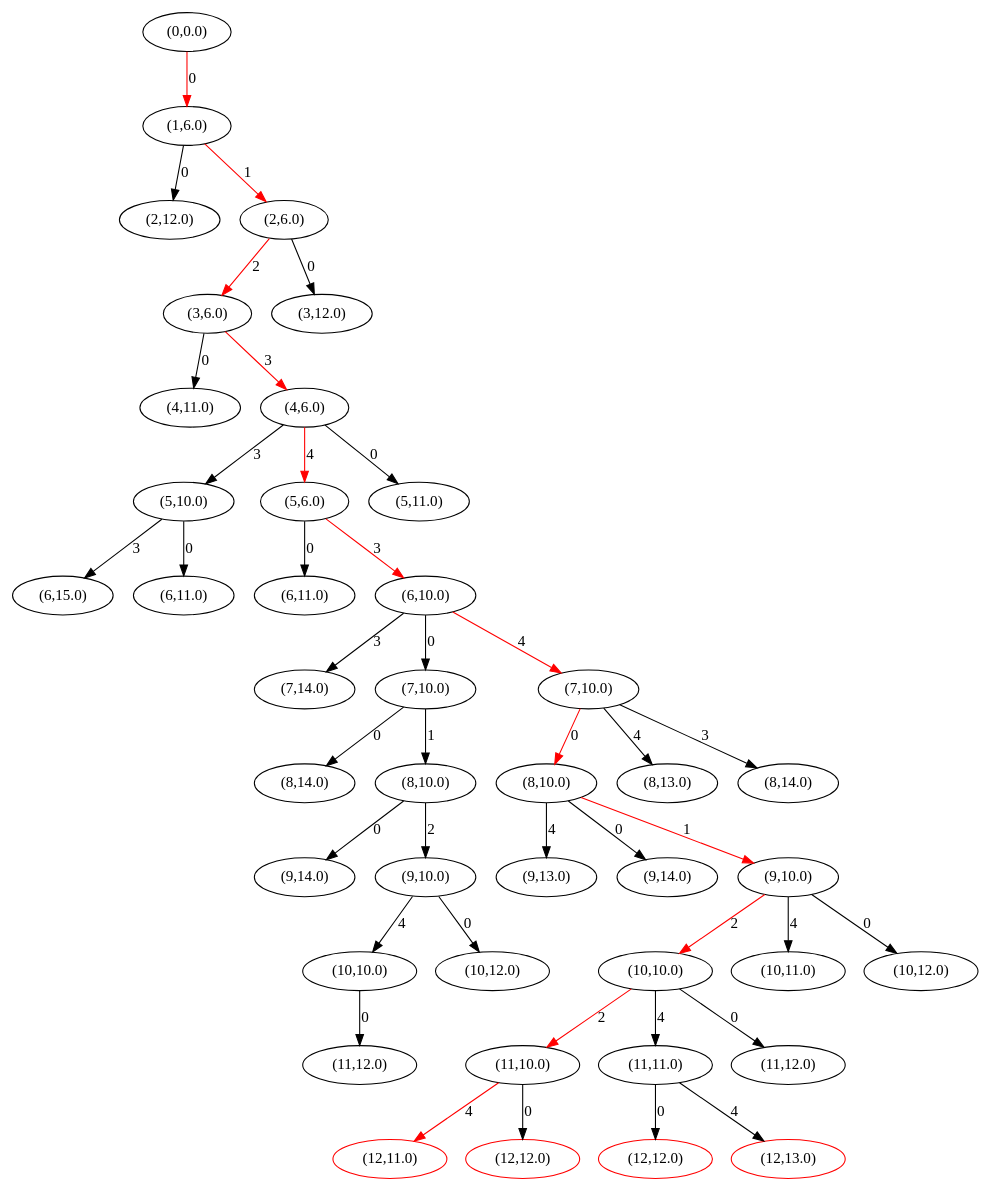
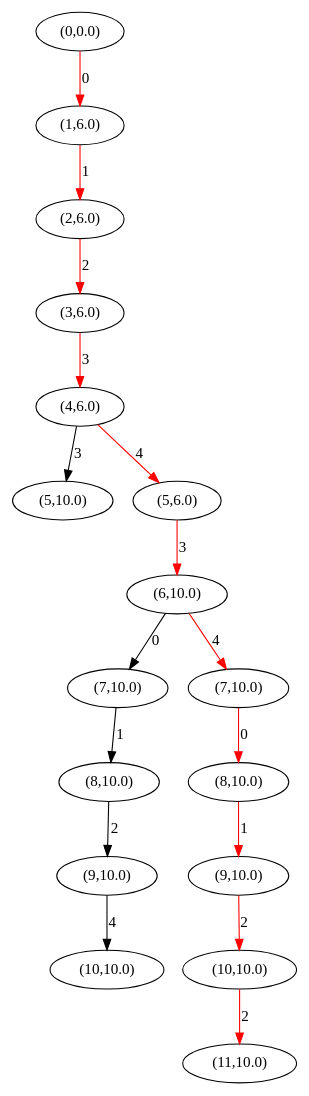
One commit to migueltoro/ada_v2_18 changed the diagram in java/EjemplosAlgoritmos/ficheros/TyPAStar.gv. Above: the diagram before and after it, drawn with Graphviz. The commit also changed 70 other files, not shown here.

```diff
--- a/java/EjemplosAlgoritmos/ficheros/TyPAStar.gv
+++ b/java/EjemplosAlgoritmos/ficheros/TyPAStar.gv
@@ -1,83 +1,35 @@
 strict digraph G {
-  1 [ label="(2,12.0)" ];
-  2 [ label="(4,11.0)" ];
-  3 [ label="(8,10.0)" ];
-  4 [ label="(6,11.0)" ];
-  5 [ label="(8,13.0)" ];
-  6 [ label="(10,10.0)" ];
-  7 [ label="(6,15.0)" ];
-  8 [ label="(8,14.0)" ];
-  9 [ label="(10,10.0)" ];
-  10 [ color="red" label="(12,11.0)" ];
-  11 [ color="red" label="(12,12.0)" ];
-  12 [ color="red" label="(12,12.0)" ];
-  13 [ color="red" label="(12,13.0)" ];
-  14 [ label="(7,14.0)" ];
-  15 [ label="(5,10.0)" ];
-  16 [ label="(8,14.0)" ];
-  17 [ label="(10,12.0)" ];
-  18 [ label="(10,11.0)" ];
-  19 [ label="(10,12.0)" ];
-  20 [ label="(11,12.0)" ];
-  21 [ label="(11,10.0)" ];
-  22 [ label="(11,11.0)" ];
-  23 [ label="(11,12.0)" ];
-  24 [ label="(4,6.0)" ];
-  25 [ label="(6,10.0)" ];
-  26 [ label="(9,13.0)" ];
-  27 [ label="(9,14.0)" ];
-  28 [ label="(2,6.0)" ];
-  29 [ label="(0,0.0)" ];
-  30 [ label="(8,10.0)" ];
-  31 [ label="(6,11.0)" ];
-  32 [ label="(3,6.0)" ];
-  33 [ label="(7,10.0)" ];
-  34 [ label="(1,6.0)" ];
-  35 [ label="(7,10.0)" ];
-  36 [ label="(9,14.0)" ];
-  37 [ label="(5,6.0)" ];
-  38 [ label="(3,12.0)" ];
-  39 [ label="(5,11.0)" ];
-  40 [ label="(9,10.0)" ];
-  41 [ label="(9,10.0)" ];
-  34 -> 1 [ label="0" ];
-  32 -> 2 [ label="0" ];
-  35 -> 3 [ color="red" label="0" ];
-  37 -> 4 [ label="0" ];
-  35 -> 5 [ label="4" ];
-  41 -> 6 [ label="4" ];
-  15 -> 7 [ label="3" ];
-  33 -> 8 [ label="0" ];
-  40 -> 9 [ color="red" label="2" ];
-  21 -> 10 [ color="red" label="4" ];
-  21 -> 11 [ label="0" ];
-  22 -> 12 [ label="0" ];
-  22 -> 13 [ label="4" ];
-  25 -> 14 [ label="3" ];
-  24 -> 15 [ label="3" ];
-  35 -> 16 [ label="3" ];
-  41 -> 17 [ label="0" ];
-  40 -> 18 [ label="4" ];
-  40 -> 19 [ label="0" ];
-  6 -> 20 [ label="0" ];
-  9 -> 21 [ color="red" label="2" ];
-  9 -> 22 [ label="4" ];
-  9 -> 23 [ label="0" ];
-  32 -> 24 [ color="red" label="3" ];
-  37 -> 25 [ color="red" label="3" ];
-  3 -> 26 [ label="4" ];
-  3 -> 27 [ label="0" ];
-  34 -> 28 [ color="red" label="1" ];
-  33 -> 30 [ label="1" ];
-  15 -> 31 [ label="0" ];
-  28 -> 32 [ color="red" label="2" ];
-  25 -> 33 [ label="0" ];
-  29 -> 34 [ color="red" label="0" ];
-  25 -> 35 [ color="red" label="4" ];
-  30 -> 36 [ label="0" ];
-  24 -> 37 [ color="red" label="4" ];
-  28 -> 38 [ label="0" ];
-  24 -> 39 [ label="0" ];
-  3 -> 40 [ color="red" label="1" ];
-  30 -> 41 [ label="2" ];
+  1 [ label="(8,10.0)" ];
+  2 [ label="(10,10.0)" ];
+  3 [ label="(10,10.0)" ];
+  4 [ label="(5,10.0)" ];
+  5 [ label="(11,10.0)" ];
+  6 [ label="(4,6.0)" ];
+  7 [ label="(6,10.0)" ];
+  8 [ label="(2,6.0)" ];
+  9 [ label="(0,0.0)" ];
+  10 [ label="(8,10.0)" ];
+  11 [ label="(3,6.0)" ];
+  12 [ label="(7,10.0)" ];
+  13 [ label="(1,6.0)" ];
+  14 [ label="(7,10.0)" ];
+  15 [ label="(5,6.0)" ];
+  16 [ label="(9,10.0)" ];
+  17 [ label="(9,10.0)" ];
+  14 -> 1 [ color="red" label="0" ];
+  17 -> 2 [ label="4" ];
+  16 -> 3 [ color="red" label="2" ];
+  6 -> 4 [ label="3" ];
+  3 -> 5 [ color="red" label="2" ];
+  11 -> 6 [ color="red" label="3" ];
+  15 -> 7 [ color="red" label="3" ];
+  13 -> 8 [ color="red" label="1" ];
+  12 -> 10 [ label="1" ];
+  8 -> 11 [ color="red" label="2" ];
+  7 -> 12 [ label="0" ];
+  9 -> 13 [ color="red" label="0" ];
+  7 -> 14 [ color="red" label="4" ];
+  6 -> 15 [ color="red" label="4" ];
+  1 -> 16 [ color="red" label="1" ];
+  10 -> 17 [ label="2" ];
 }
```
